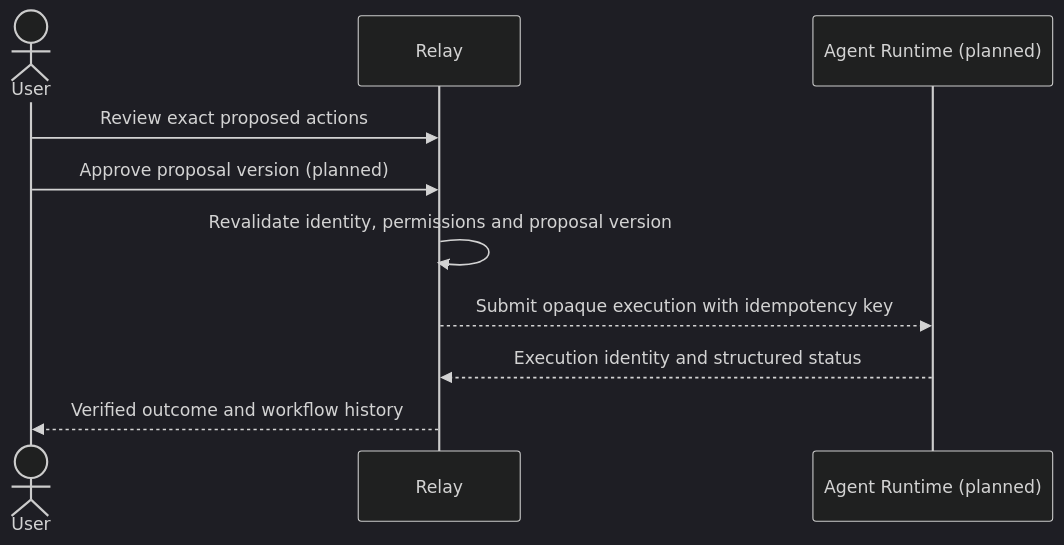
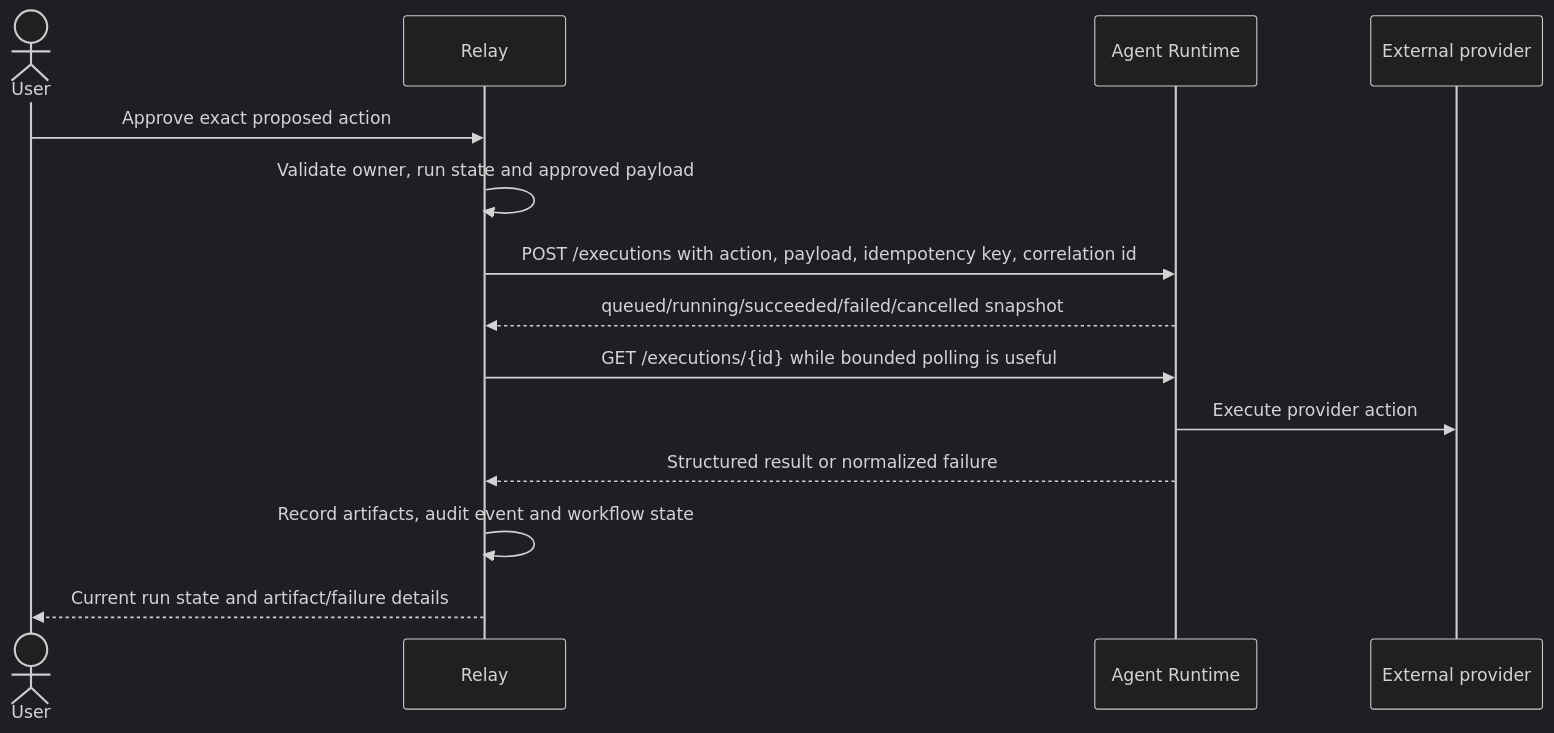
Before and after one commit to praveenachen/Relay-2.0: the diagram in docs/architecture/relay-agent-runtime-boundary.md, drawn with Mermaid (dark theme). The commit also changed other lines of this file and 21 other files, not shown here.

Commit message:
feat: integrate Agent Runtime HTTP client

````diff
--- a/docs/architecture/relay-agent-runtime-boundary.md
+++ b/docs/architecture/relay-agent-runtime-boundary.md
@@ -17,12 +17,16 @@
 ```mermaid
 sequenceDiagram
     actor User
     participant Relay
-    participant Runtime as Agent Runtime (planned)
-    User->>Relay: Review exact proposed actions
-    User->>Relay: Approve proposal version (planned)
-    Relay->>Relay: Revalidate identity, permissions and proposal version
-    Relay-->>Runtime: Submit opaque execution with idempotency key
-    Runtime-->>Relay: Execution identity and structured status
-    Relay-->>User: Verified outcome and workflow history
+    participant Runtime as Agent Runtime
+    participant Provider as External provider
+    User->>Relay: Approve exact proposed action
+    Relay->>Relay: Validate owner, run state and approved payload
+    Relay->>Runtime: POST /executions with action, payload, idempotency key, correlation id
+    Runtime-->>Relay: queued/running/succeeded/failed/cancelled snapshot
+    Relay->>Runtime: GET /executions/{id} while bounded polling is useful
+    Runtime->>Provider: Execute provider action
+    Runtime-->>Relay: Structured result or normalized failure
+    Relay->>Relay: Record artifacts, audit event and workflow state
+    Relay-->>User: Current run state and artifact/failure details
 ```
````
